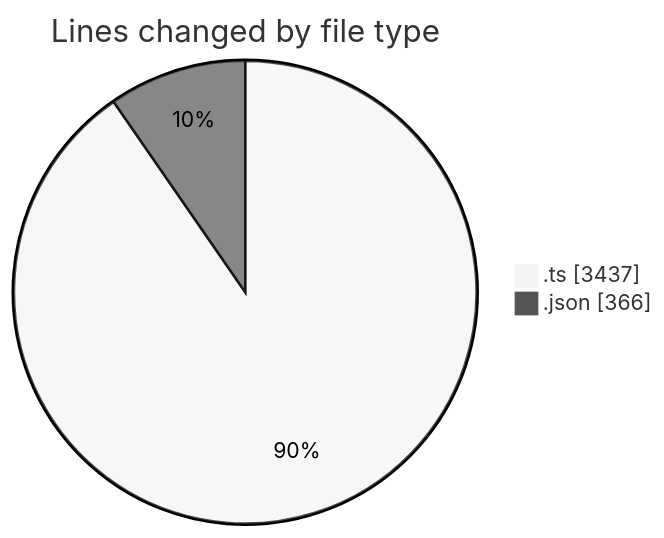
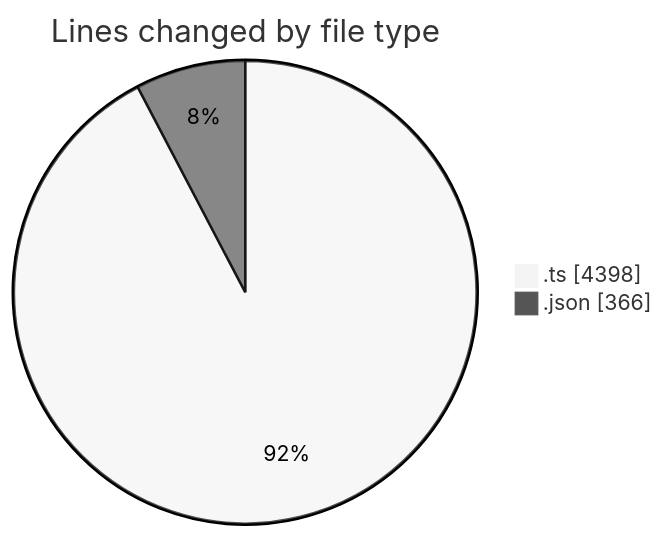
One commit to momahboobian/code-tracking changed the first of 2 diagrams in 2025-10-27/cda/README.md. Above: the diagram before and after it, drawn with Mermaid (neutral theme). The commit also changed other lines of this file and 1 other file, not shown here.

````diff
--- a/2025-10-27/cda/README.md
+++ b/2025-10-27/cda/README.md
@@ -26,6 +26,6 @@
 ```mermaid
 pie showData
 title Lines changed by file type
-".ts" : 3437
+".ts" : 4398
 ".json" : 366
 ```
````
